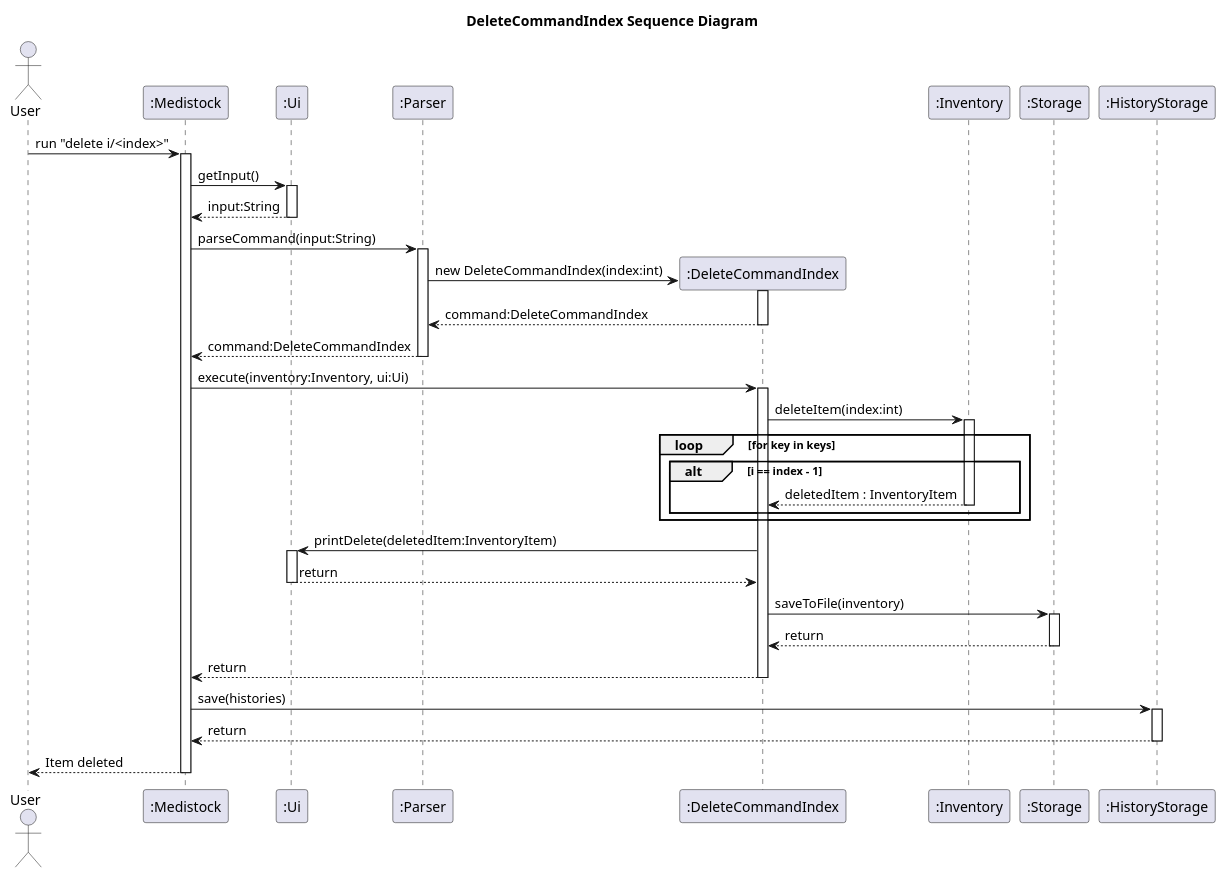
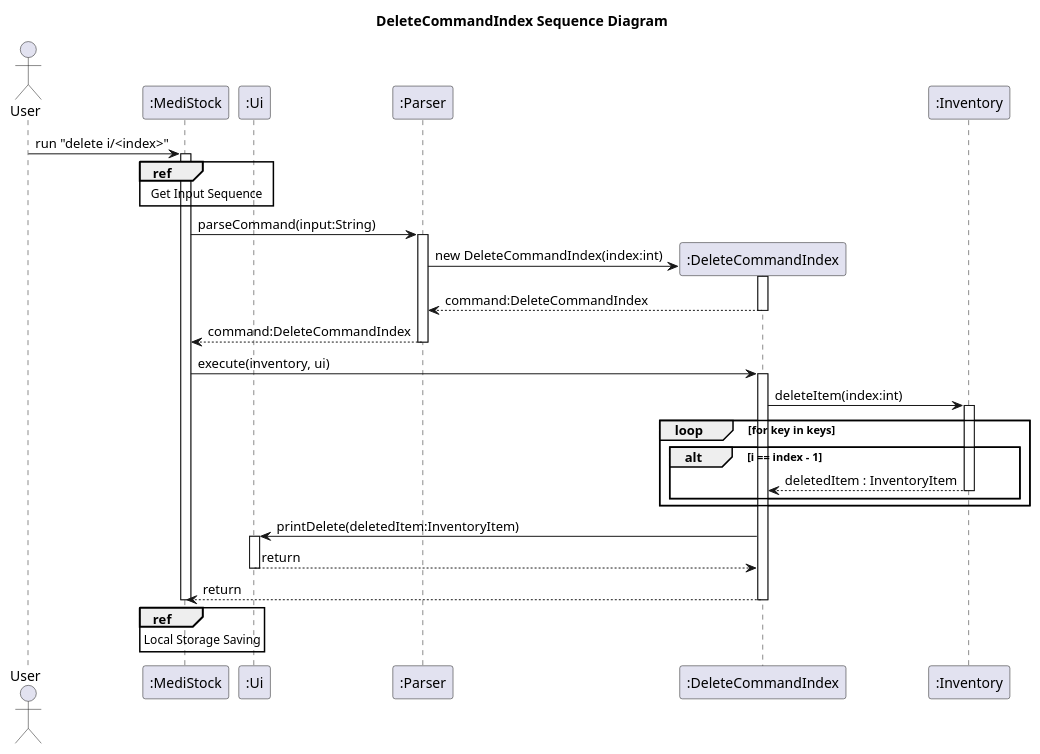
The diagram in docs/uml/DeleteCommandIndexSequenceDiagram.puml (Yonish18/tp), drawn with PlantUML before and after one commit. The commit also changed 25 other files, not shown here.

First line of the commit message:
Updated DG to correct sequence diagrams.

```diff
--- a/docs/uml/DeleteCommandIndexSequenceDiagram.puml
+++ b/docs/uml/DeleteCommandIndexSequenceDiagram.puml
@@ -1,67 +1,55 @@
 @startuml
 title DeleteCommandIndex Sequence Diagram
 
 actor User
-participant ":Medistock" as App
+participant ":MediStock" as App
 participant ":Ui" as Ui
 participant ":Parser" as Parser
 participant ":DeleteCommandIndex" as DeleteCommandIndex
 participant ":Inventory" as Inventory
-participant ":Storage" as Storage
-participant ":HistoryStorage" as HistoryStorage
 
 User -> App : run "delete i/<index>"
 activate App
-
-App -> Ui : getInput()
-activate Ui
-Ui --> App : input:String
-deactivate Ui
+ref over App, Ui
+    Get Input Sequence
+end
 
 App -> Parser : parseCommand(input:String)
 activate Parser
 
 create DeleteCommandIndex
 Parser -> DeleteCommandIndex : new DeleteCommandIndex(index:int)
 activate DeleteCommandIndex
 DeleteCommandIndex --> Parser : command:DeleteCommandIndex
 deactivate DeleteCommandIndex
 
 Parser --> App : command:DeleteCommandIndex
 deactivate Parser
 
-App -> DeleteCommandIndex : execute(inventory:Inventory, ui:Ui)
+App -> DeleteCommandIndex : execute(inventory, ui)
 activate DeleteCommandIndex
 
 DeleteCommandIndex -> Inventory : deleteItem(index:int)
 activate Inventory
 
 loop for key in keys
     alt i == index - 1
         Inventory --> DeleteCommandIndex : deletedItem : InventoryItem
         deactivate Inventory
     end
 end
 
 
 DeleteCommandIndex -> Ui : printDelete(deletedItem:InventoryItem)
 activate Ui
 Ui --> DeleteCommandIndex : return
 deactivate Ui
 
-DeleteCommandIndex -> Storage : saveToFile(inventory)
-activate Storage
-Storage --> DeleteCommandIndex : return
-deactivate Storage
-
 DeleteCommandIndex --> App : return
 deactivate DeleteCommandIndex
+ref over App
+    Local Storage Saving
+end
 
-App -> HistoryStorage : save(histories)
-activate HistoryStorage
-HistoryStorage --> App : return
-deactivate HistoryStorage
-
-App --> User : Item deleted
 deactivate App
 @enduml
```
